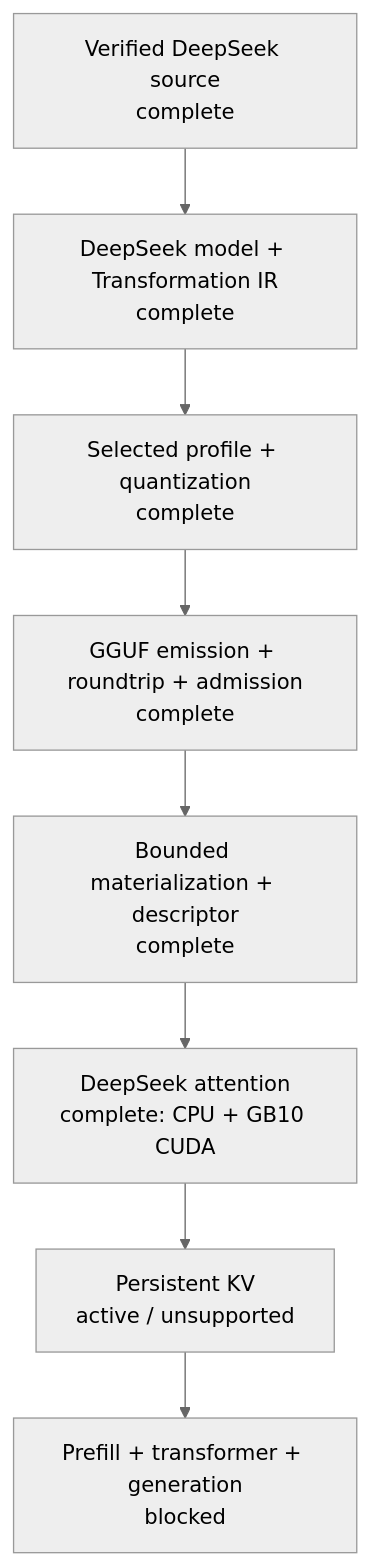
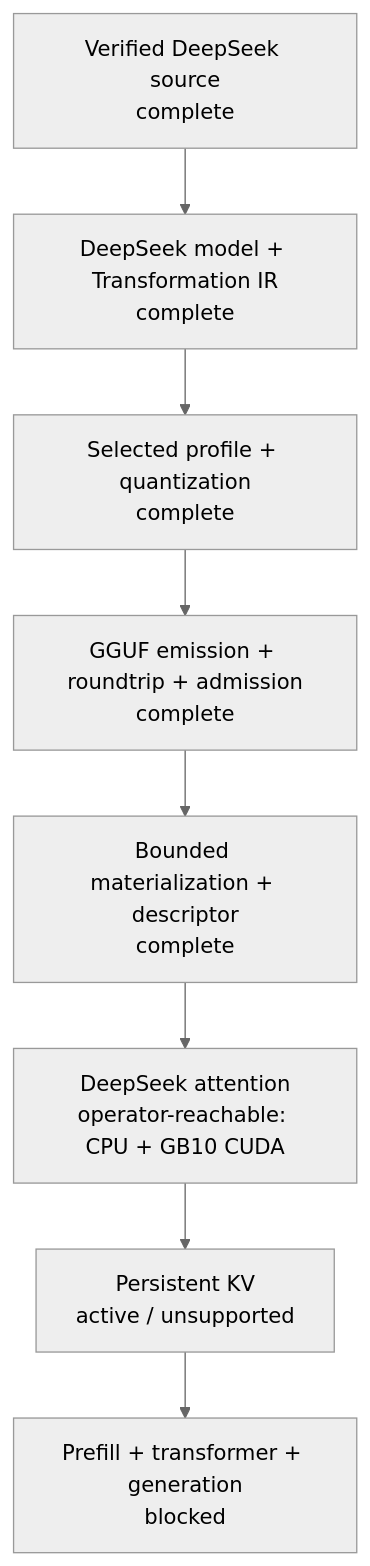
One commit to yailabs/yvex changed the diagram in README.md. Above: the diagram before and after it, drawn with Mermaid (neutral theme). The commit also changed other lines of this file and 91 other files, not shown here.

Commit message:
Expose DeepSeek attention through the operator CLI

````diff
--- a/README.md
+++ b/README.md
@@ -59,10 +61,10 @@
 ```mermaid
 flowchart TD
     S["Verified DeepSeek source<br/>complete"] --> M["DeepSeek model + Transformation IR<br/>complete"]
     M --> Q["Selected profile + quantization<br/>complete"]
     Q --> G["GGUF emission + roundtrip + admission<br/>complete"]
     G --> R["Bounded materialization + descriptor<br/>complete"]
-    R --> A["DeepSeek attention<br/>complete: CPU + GB10 CUDA"]
+    R --> A["DeepSeek attention<br/>operator-reachable: CPU + GB10 CUDA"]
     A --> K["Persistent KV<br/>active / unsupported"]
     K --> T["Prefill + transformer + generation<br/>blocked"]
 ```
````
